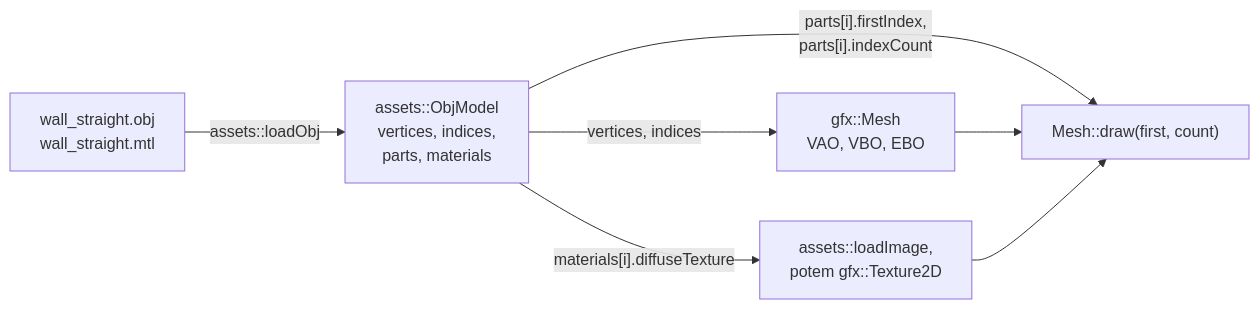
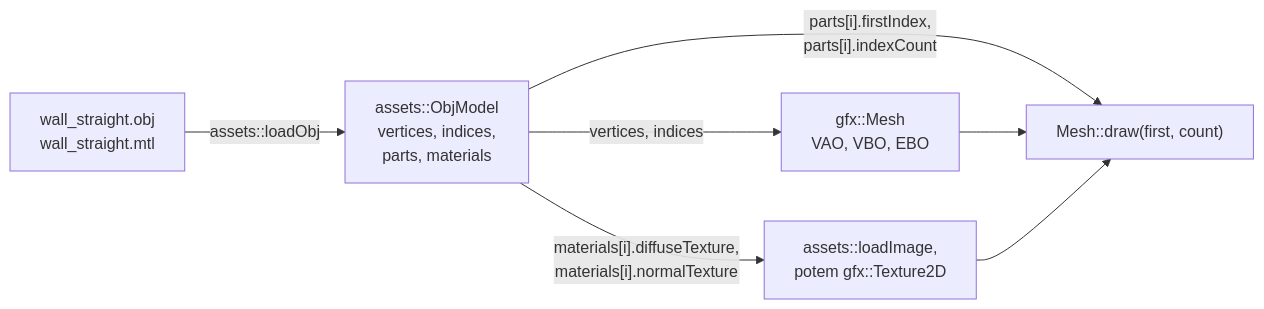
The diagram in docs/modules/assets/obj-loader.md (Shironex/night-maze), drawn with Mermaid before and after one commit. The commit also changed other lines of this file and 63 other files, not shown here.

First line of the commit message:
feat(gfx): light walls with normal maps in the phong and blinn-phong modes

````diff
--- a/docs/modules/assets/obj-loader.md
+++ b/docs/modules/assets/obj-loader.md
@@ -236,9 +253,9 @@
 ```mermaid
 flowchart LR
     F["wall_straight.obj<br/>wall_straight.mtl"] -->|"assets::loadObj"| M["assets::ObjModel<br/>vertices, indices,<br/>parts, materials"]
     M -->|"vertices, indices"| G["gfx::Mesh<br/>VAO, VBO, EBO"]
-    M -->|"materials[i].diffuseTexture"| T["assets::loadImage,<br/>potem gfx::Texture2D"]
+    M -->|"materials[i].diffuseTexture,<br/>materials[i].normalTexture"| T["assets::loadImage,<br/>potem gfx::Texture2D"]
     M -->|"parts[i].firstIndex,<br/>parts[i].indexCount"| D["Mesh::draw(first, count)"]
     G --> D
     T --> D
 ```
````
